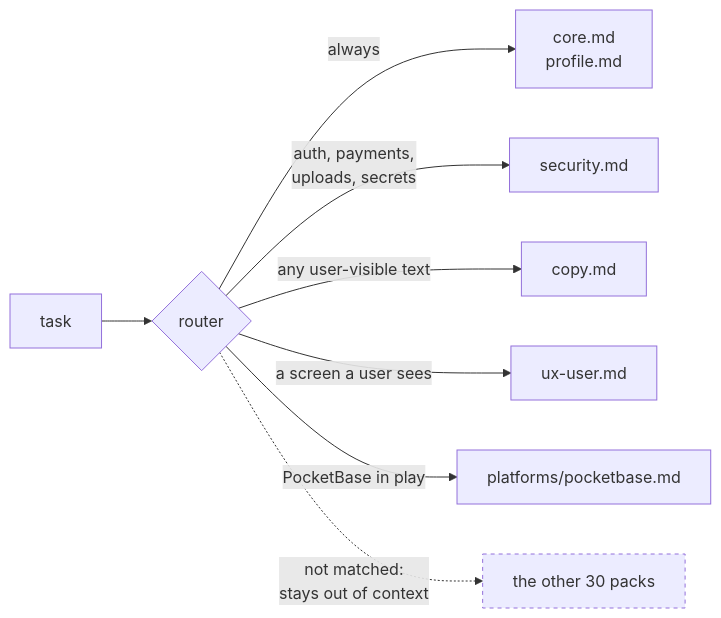
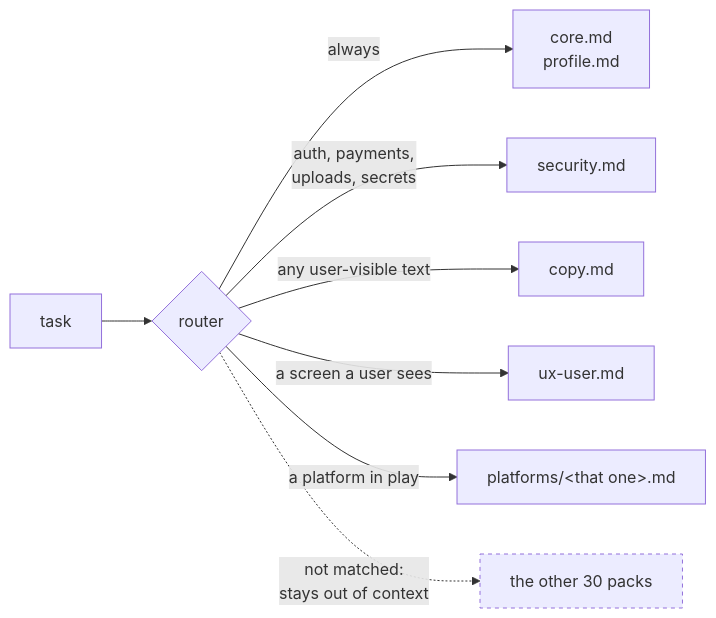
The second of 7 diagrams in MECHANICS.md (DhavalW/nerdbrain), drawn with Mermaid before and after one commit. The commit also changed other lines of this file and 55 other files, not shown here.

````diff
--- a/MECHANICS.md
+++ b/MECHANICS.md
@@ -66,12 +66,12 @@
 ```mermaid
 flowchart LR
     T["task"] --> R{"router"}
     R -->|always| C["core.md<br/>profile.md"]
     R -->|"auth, payments,<br/>uploads, secrets"| SEC["security.md"]
     R -->|"any user-visible text"| CP["copy.md"]
     R -->|"a screen a user sees"| UX["ux-user.md"]
-    R -->|"PocketBase in play"| PB["platforms/pocketbase.md"]
+    R -->|"a platform in play"| PB["platforms/&lt;that one&gt;.md"]
     R -.->|"not matched:<br/>stays out of context"| X["the other 30 packs"]
 
     style X stroke-dasharray: 4 4
 ```
````
